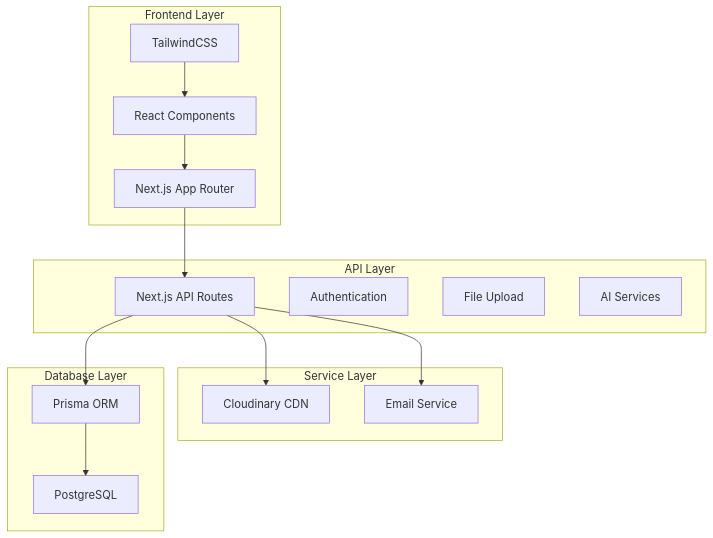
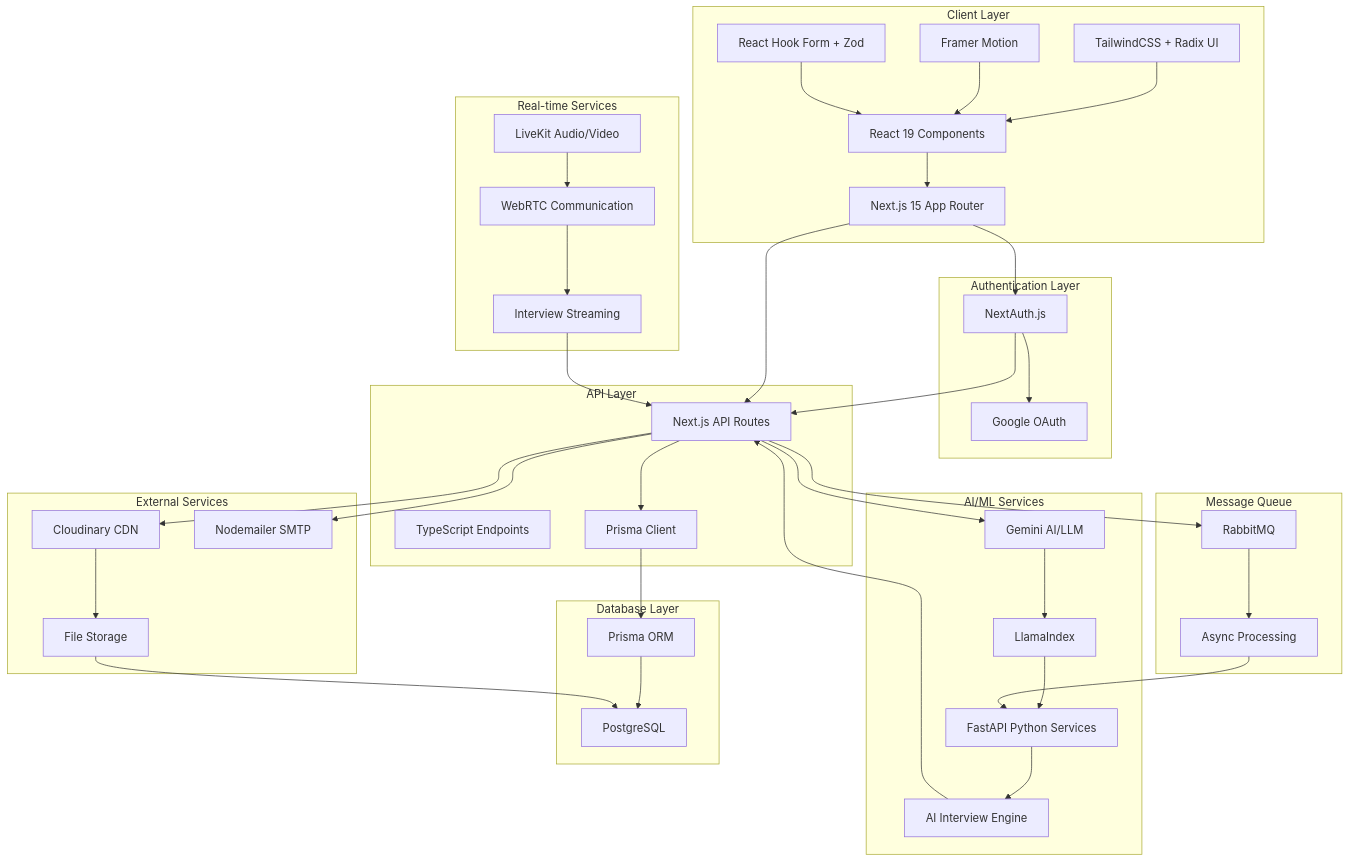
One commit to powered-by-kinesis/kinesis-hr changed the diagram in README.md. Above: the diagram before and after it, drawn with Mermaid. The commit also changed other lines of this file, not shown here.

Commit message:
docs: update readme file

````diff
--- a/README.md
+++ b/README.md
@@ -98,33 +98,92 @@
 ```mermaid
 graph TB
-    subgraph "Frontend Layer"
-        A[Next.js App Router]
-        B[React Components]
-        C[TailwindCSS]
+    subgraph "Client Layer"
+        A[Next.js 15 App Router]
+        B[React 19 Components]
+        C[TailwindCSS + Radix UI]
+        D[Framer Motion]
+        E[React Hook Form + Zod]
+    end
+
+    subgraph "Authentication Layer"
+        F[NextAuth.js]
+        G[Google OAuth]
     end
 
     subgraph "API Layer"
-        D[Next.js API Routes]
-        E[Authentication]
-        F[File Upload]
-        G[AI Services]
+        H[Next.js API Routes]
+        I[TypeScript Endpoints]
+        J[Prisma Client]
     end
 
-    subgraph "Service Layer"
-        I[Cloudinary CDN]
-        J[Email Service]
+    subgraph "AI/ML Services"
+        K[Gemini AI/LLM]
+        L[LlamaIndex]
+        M[FastAPI Python Services]
+        N[AI Interview Engine]
+    end
+
+    subgraph "Real-time Services"
+        O[LiveKit Audio/Video]
+        P[WebRTC Communication]
+        Q[Interview Streaming]
+    end
+
+    subgraph "Message Queue"
+        R[RabbitMQ]
+        S[Async Processing]
+    end
+
+    subgraph "External Services"
+        T[Cloudinary CDN]
+        U[Nodemailer SMTP]
+        V[File Storage]
     end
 
     subgraph "Database Layer"
-        K[PostgreSQL]
-        L[Prisma ORM]
+        W[PostgreSQL]
+        X[Prisma ORM]
     end
 
-    A --> D
+    %% Client connections
+    A --> H
     B --> A
     C --> B
-    D --> I
-    D --> J
-    D --> L
-    L --> K
+    D --> B
+    E --> B
+    A --> F
+
+    %% Auth flow
+    F --> G
+    F --> H
+
+    %% API connections
+    H --> J
+    H --> K
+    H --> T
+    H --> U
+    H --> R
+
+    %% AI services
+    K --> L
+    L --> M
+    M --> N
+    N --> H
+
+    %% Real-time
+    O --> P
+    P --> Q
+    Q --> H
+
+    %% Message processing
+    R --> S
+    S --> M
+
+    %% Database
+    J --> X
+    X --> W
+
+    %% File handling
+    T --> V
+    V --> W
 ```
````
